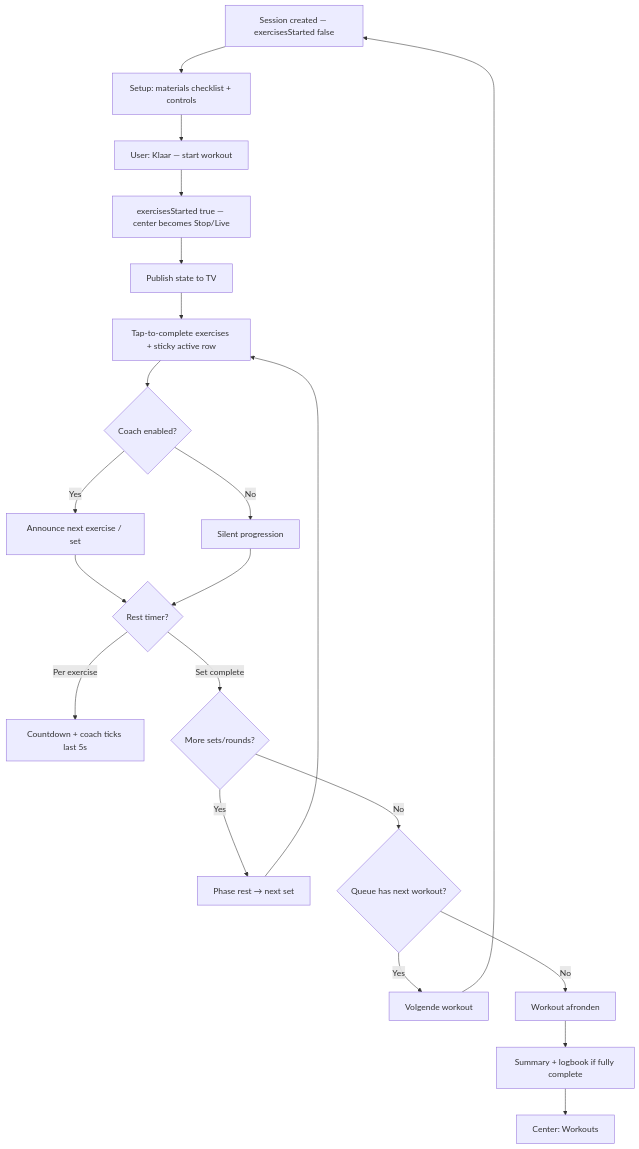
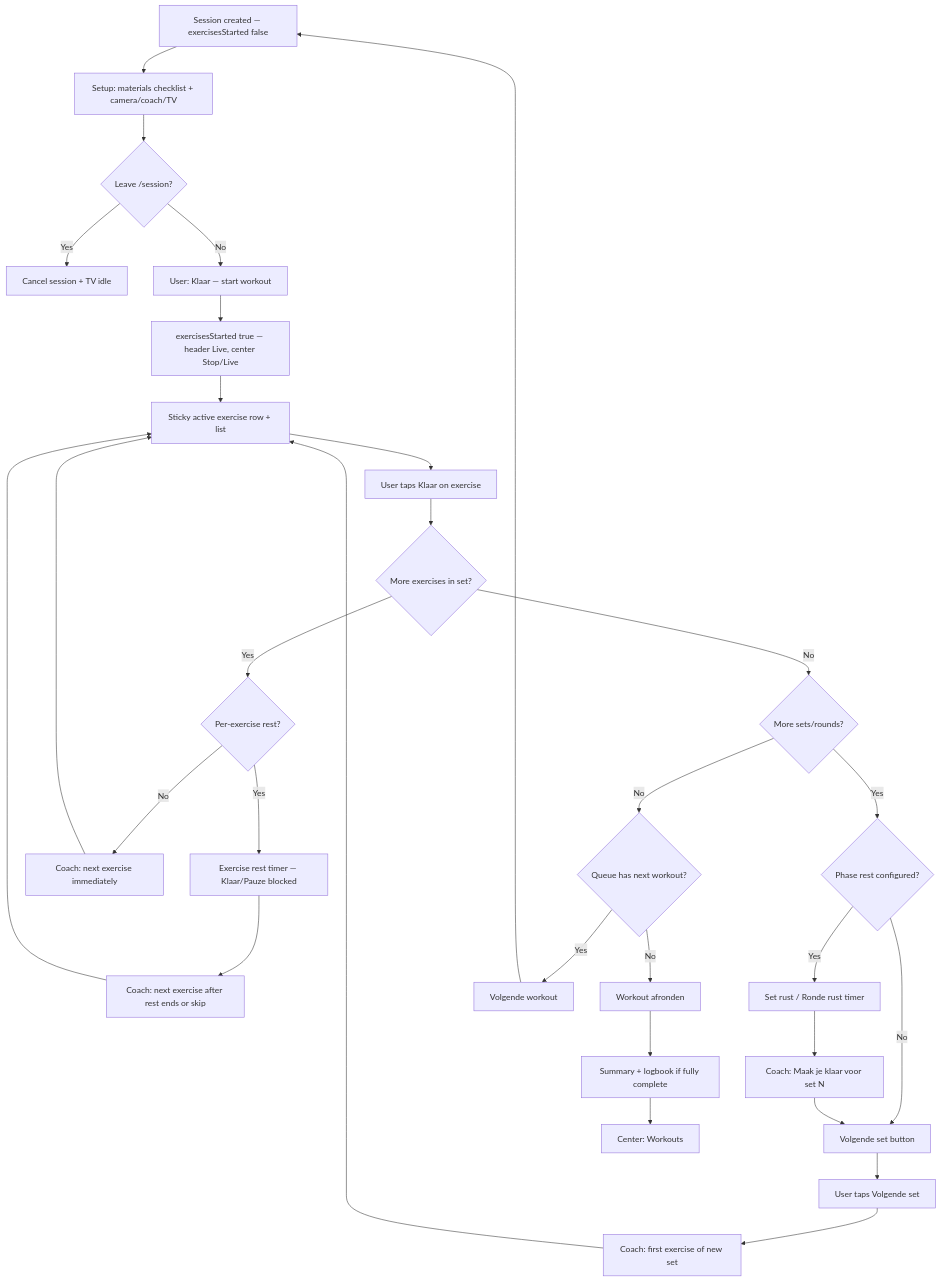
The third of 5 diagrams in ARCHITECTURE.md (ingmarstruijs/solo), drawn with Mermaid before and after one commit. The commit also changed other lines of this file and 1 other file, not shown here.

First line of the commit message:
Document prep flow, rest UX, and coach announcements.

````diff
--- a/ARCHITECTURE.md
+++ b/ARCHITECTURE.md
@@ -94,23 +110,32 @@
 ```mermaid
 graph TD
-  A[Session created — exercisesStarted false] --> B[Setup: materials checklist + controls]
-  B --> C[User: Klaar — start workout]
-  C --> D[exercisesStarted true — center becomes Stop/Live]
-  D --> E[Publish state to TV]
-  E --> F[Tap-to-complete exercises + sticky active row]
-  F --> G{Coach enabled?}
-  G -- Yes --> H[Announce next exercise / set]
-  G -- No --> I[Silent progression]
-  H --> J{Rest timer?}
-  I --> J
-  J -- Per exercise --> K[Countdown + coach ticks last 5s]
-  J -- Set complete --> L{More sets/rounds?}
-  L -- Yes --> M[Phase rest → next set]
-  M --> F
-  L -- No --> N{Queue has next workout?}
-  N -- Yes --> O[Volgende workout]
-  O --> A
-  N -- No --> P[Workout afronden]
-  P --> Q[Summary + logbook if fully complete]
-  Q --> R[Center: Workouts]
+  A[Session created — exercisesStarted false] --> B[Setup: materials checklist + camera/coach/TV]
+  B --> C{Leave /session?}
+  C -- Yes --> D[Cancel session + TV idle]
+  C -- No --> E[User: Klaar — start workout]
+  E --> F[exercisesStarted true — header Live, center Stop/Live]
+  F --> G[Sticky active exercise row + list]
+  G --> H[User taps Klaar on exercise]
+  H --> I{More exercises in set?}
+  I -- Yes --> J{Per-exercise rest?}
+  J -- Yes --> K[Exercise rest timer — Klaar/Pauze blocked]
+  K --> L[Coach: next exercise after rest ends or skip]
+  L --> G
+  J -- No --> M[Coach: next exercise immediately]
+  M --> G
+  I -- No --> N{More sets/rounds?}
+  N -- Yes --> O{Phase rest configured?}
+  O -- Yes --> P[Set rust / Ronde rust timer]
+  O -- No --> Q[Volgende set button]
+  P --> R[Coach: Maak je klaar voor set N]
+  R --> Q
+  Q --> S[User taps Volgende set]
+  S --> T[Coach: first exercise of new set]
+  T --> G
+  N -- No --> U{Queue has next workout?}
+  U -- Yes --> V[Volgende workout]
+  V --> A
+  U -- No --> W[Workout afronden]
+  W --> X[Summary + logbook if fully complete]
+  X --> Y[Center: Workouts]
 ```
````
